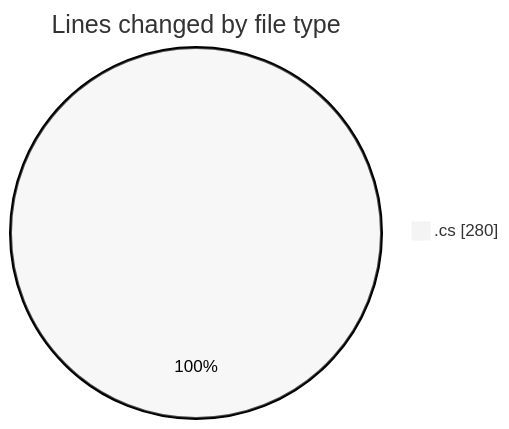
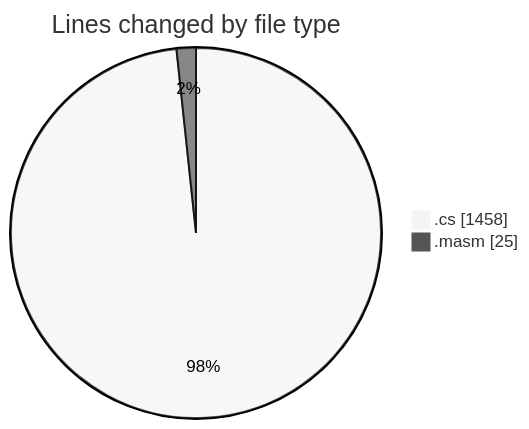
Before and after one commit to charlie-sans/code-tracking: the first of 2 diagrams in 2025-03-17/sharpmasm/README.md, drawn with Mermaid (neutral theme). The commit also changed other lines of this file and 1 other file, not shown here.

````diff
--- a/2025-03-17/sharpmasm/README.md
+++ b/2025-03-17/sharpmasm/README.md
@@ -21,5 +24,6 @@
 ```mermaid
 pie showData
 title Lines changed by file type
-".cs" : 280
+".cs" : 1458
+".masm" : 25
 ```
````
